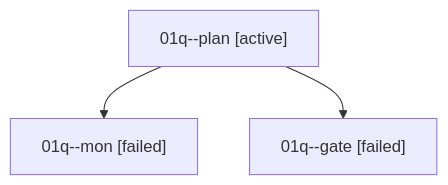
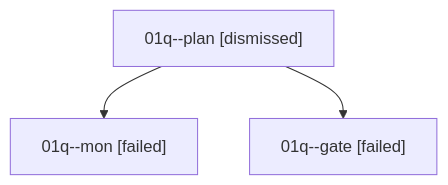
Before and after one commit to sase-org/sase--agents: the diagram in sessions/bbugyi200.athena.01q.md, drawn with Mermaid. The commit also changed other lines of this file and 24 other files, not shown here.

````diff
--- a/sessions/bbugyi200.athena.01q.md
+++ b/sessions/bbugyi200.athena.01q.md
@@ -9,8 +9,8 @@
 ```mermaid
 flowchart TD
-  n0["01q--plan [active]"]
+  n0["01q--plan [dismissed]"]
   n1["01q--mon [failed]"]
   n0 --> n1
   n2["01q--gate [failed]"]
   n0 --> n2
 ```
````
